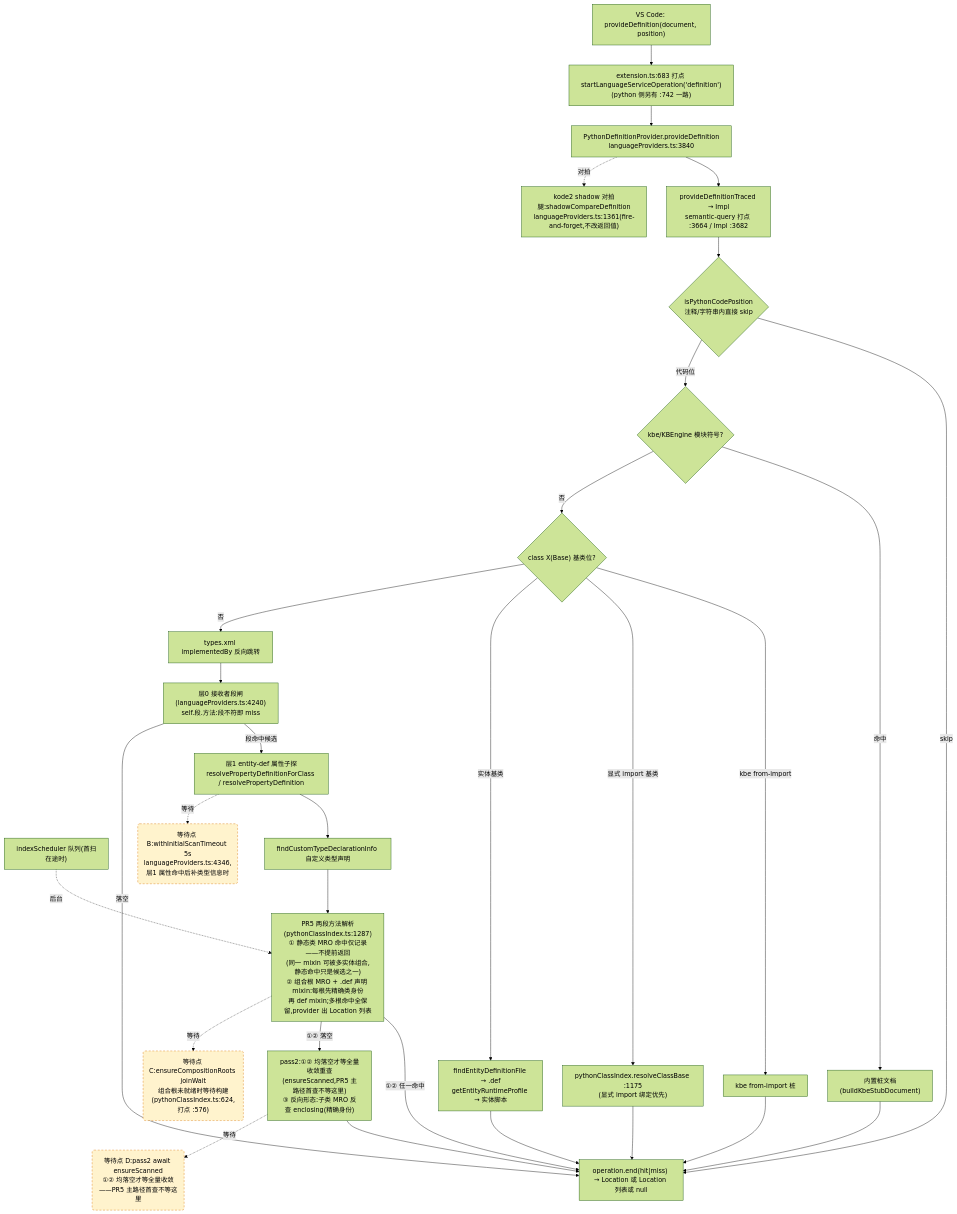
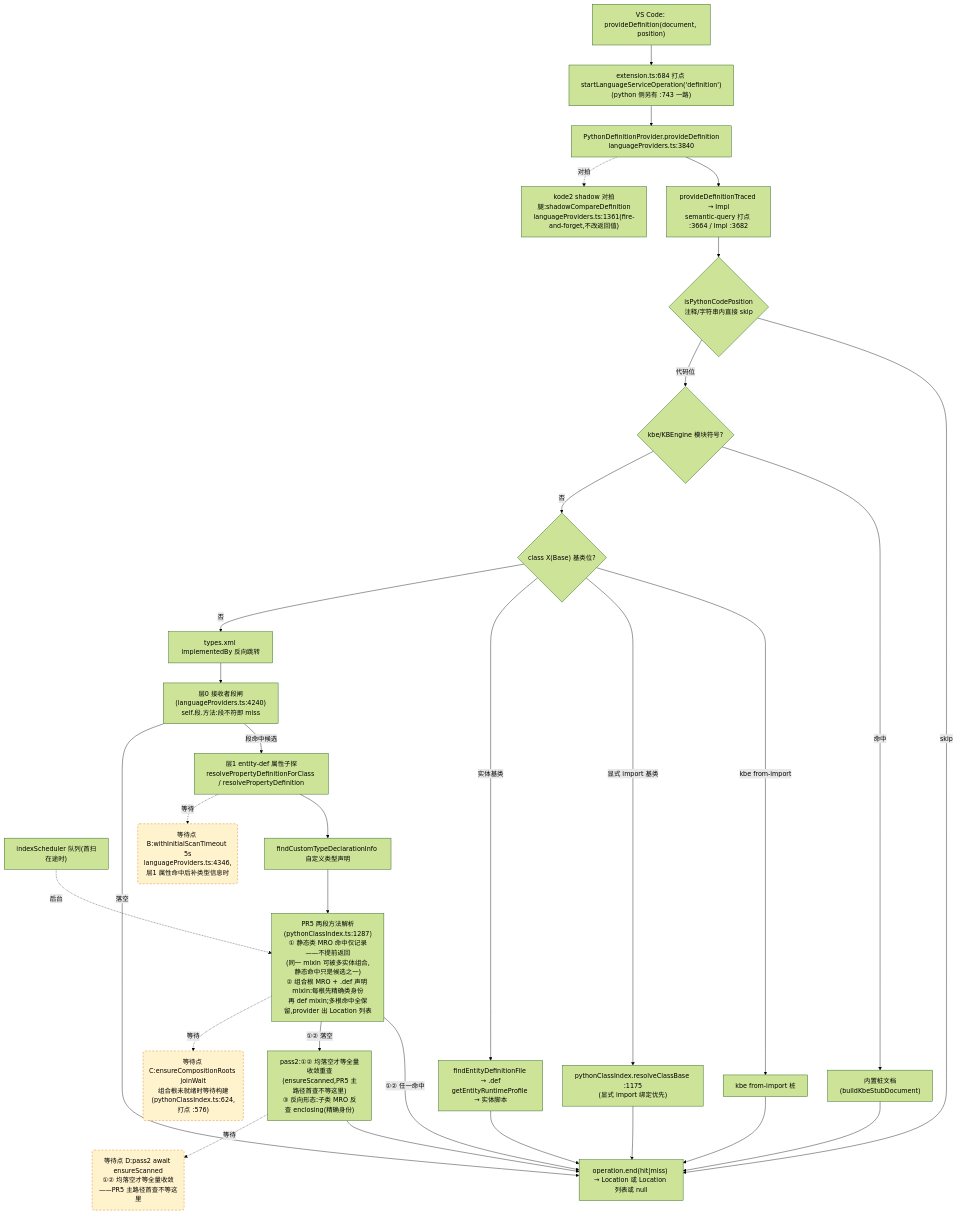
One commit to cuihairu/kode changed the second of 4 diagrams in docs/perf/2026-baseline.md. Above: the diagram before and after it, drawn with Mermaid (forest theme). The commit also changed other lines of this file and 12 other files, not shown here.

````diff
--- a/docs/perf/2026-baseline.md
+++ b/docs/perf/2026-baseline.md
@@ -130,51 +130,51 @@
 ```mermaid
 flowchart TD
   VC2["VS Code: provideDefinition(document, position)"]
-  M2["extension.ts:683 打点 startLanguageServiceOperation('definition')<br/>(python 侧另有 :742 一路)"]
+  M2["extension.ts:684 打点 startLanguageServiceOperation('definition')<br/>(python 侧另有 :743 一路)"]
   AD2["PythonDefinitionProvider.provideDefinition<br/>languageProviders.ts:3840"]
   TR["provideDefinitionTraced → Impl<br/>semantic-query 打点 :3664 / Impl :3682"]
   CTX{"isPythonCodePosition<br/>注释/字符串内直接 skip"}
   KBE{"kbe/KBEngine 模块符号?"}
   STUB["内置桩文档(buildKbeStubDocument)"]
   CB{"class X(Base) 基类位?"}
   CB1["kbe from-import 桩"]
   CB2["pythonClassIndex.resolveClassBase :1175<br/>(显式 import 绑定优先)"]
   CB3["findEntityDefinitionFile → .def<br/>getEntityRuntimeProfile → 实体脚本"]
   REV["types.xml implementedBy 反向跳转"]
   L0["层0 接收者段闸(languageProviders.ts:4240)<br/>self.段.方法:段不符即 miss"]
   L1["层1 entity-def 属性子探<br/>resolvePropertyDefinitionForClass / resolvePropertyDefinition"]
   SCAN["indexScheduler 队列(首扫在途时)"]
   TY["findCustomTypeDeclarationInfo 自定义类型声明"]
   MRO["PR5 两段方法解析(pythonClassIndex.ts:1287)<br/>① 静态类 MRO 命中仅记录——不提前返回<br/>(同一 mixin 可被多实体组合,静态命中只是候选之一)<br/>② 组合根 MRO + .def 声明 mixin:每根先精确类身份<br/>再 def mixin;多根命中全保留,provider 出 Location 列表"]
   PASS2["pass2:①② 均落空才等全量收敛重查<br/>(ensureScanned,PR5 主路径首查不等这里)<br/>③ 反向形态:子类 MRO 反查 enclosing(精确身份)"]
   SHD["kode2 shadow 对拍腿:shadowCompareDefinition<br/>languageProviders.ts:1361(fire-and-forget,不改返回值)"]
   END2["operation.end(hit|miss) → Location 或 Location 列表或 null"]
 
   VC2 --> M2 --> AD2 --> TR --> CTX
   CTX -- "skip" --> END2
   CTX -- "代码位" --> KBE
   KBE -- "命中" --> STUB --> END2
   KBE -- "否" --> CB
   CB -- "kbe from-import" --> CB1 --> END2
   CB -- "显式 import 基类" --> CB2 --> END2
   CB -- "实体基类" --> CB3 --> END2
   CB -- "否" --> REV --> L0
   L0 -- "段命中候选" --> L1
   L0 -- "落空" --> END2
   L1 --> TY
   TY --> MRO
   MRO -- "①② 任一命中" --> END2
   MRO -- "①② 落空" --> PASS2 --> END2
   AD2 -.->|对拍| SHD
 
   WAITB("等待点 B:withInitialScanTimeout 5s<br/>languageProviders.ts:4346,层1 属性命中后补类型信息时")
   WAITC("等待点 C:ensureCompositionRoots joinWait<br/>组合根未就绪时等待构建(pythonClassIndex.ts:624,打点 :576)")
   WAITD("等待点 D:pass2 await ensureScanned<br/>①② 均落空才等全量收敛——PR5 主路径首查不等这里")
   L1 -.->|等待| WAITB
   MRO -.->|等待| WAITC
   PASS2 -.->|等待| WAITD
   SCAN -.->|后台| MRO
 
   classDef waitPoint fill:#fff3cd,stroke:#d97706,stroke-dasharray:5 4;
   class WAITB,WAITC,WAITD waitPoint;
 ```
````
